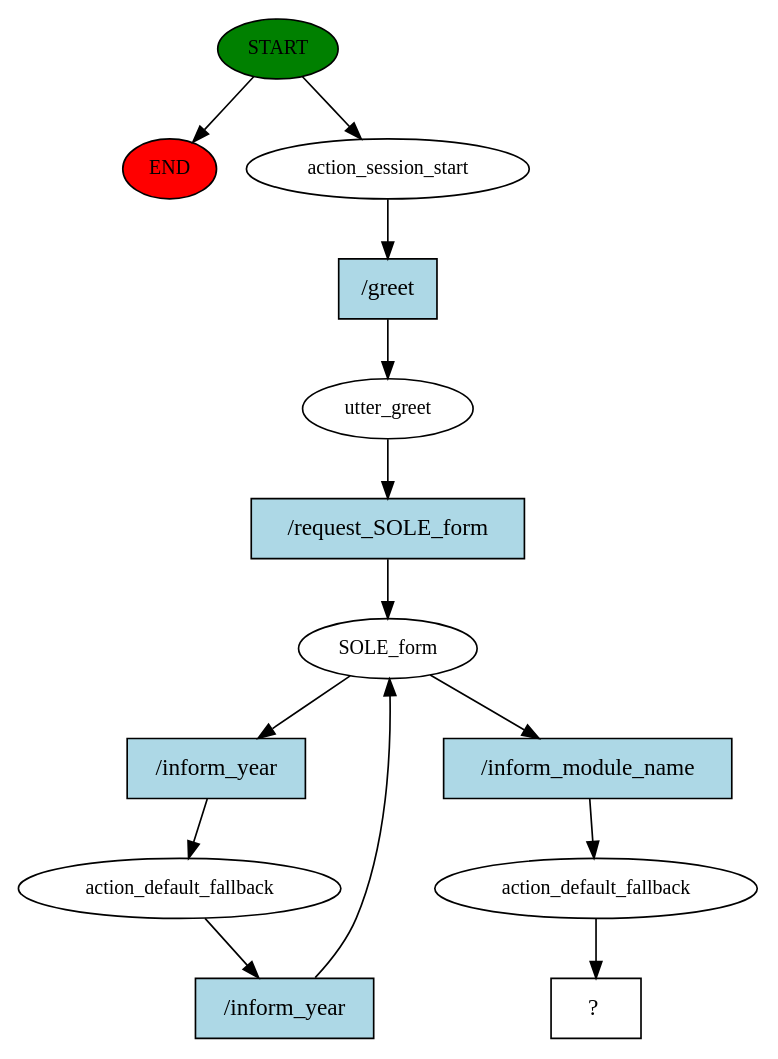
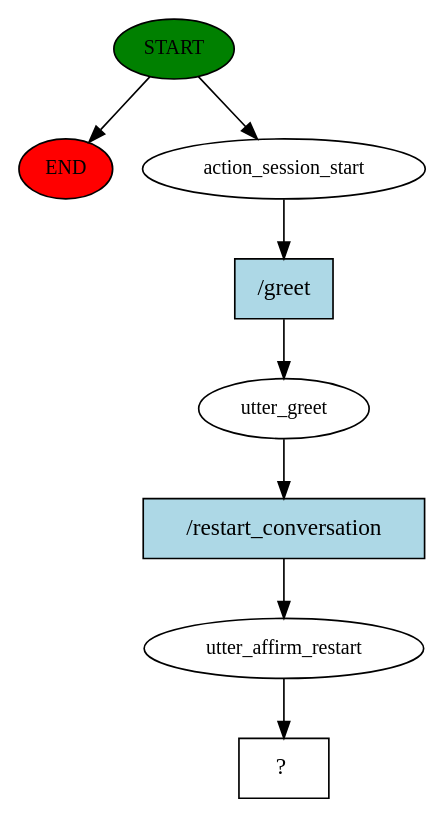
The diagram in FYP/story_graph.dot (hkl19/Rasa-Surveybot1), drawn with Graphviz before and after one commit. The commit also changed 80 other files, not shown here.

```diff
--- a/FYP/story_graph.dot
+++ b/FYP/story_graph.dot
@@ -1,28 +1,17 @@
 digraph  {
 0 [class="start active", fillcolor=green, fontsize=12, label=START, style=filled];
 "-1" [class=end, fillcolor=red, fontsize=12, label=END, style=filled];
 1 [class=active, fontsize=12, label=action_session_start];
 2 [class=active, fontsize=12, label=utter_greet];
-3 [class=active, fontsize=12, label=SOLE_form];
-4 [class=active, fontsize=12, label=action_default_fallback];
-6 [class=active, fontsize=12, label=action_default_fallback];
-7 [class="intent dashed active", label="  ?  ", shape=rect];
-8 [class="intent active", fillcolor=lightblue, label="/greet", shape=rect, style=filled];
-9 [class="intent active", fillcolor=lightblue, label="/request_SOLE_form", shape=rect, style=filled];
-10 [class="intent active", fillcolor=lightblue, label="/inform_year", shape=rect, style=filled];
-11 [class="intent active", fillcolor=lightblue, label="/inform_module_name", shape=rect, style=filled];
-12 [class="intent active", fillcolor=lightblue, label="/inform_year", shape=rect, style=filled];
+3 [class=active, fontsize=12, label=utter_affirm_restart];
+4 [class="intent dashed active", label="  ?  ", shape=rect];
+5 [class="intent active", fillcolor=lightblue, label="/greet", shape=rect, style=filled];
+6 [class="intent active", fillcolor=lightblue, label="/restart_conversation", shape=rect, style=filled];
 0 -> "-1"  [class="", key=NONE, label=""];
 0 -> 1  [class=active, key=NONE, label=""];
-1 -> 8  [class=active, key=0];
-2 -> 9  [class=active, key=0];
-3 -> 10  [class=active, key=0];
-3 -> 11  [class=active, key=0];
-4 -> 12  [class=active, key=0];
-6 -> 7  [class=active, key=NONE, label=""];
-8 -> 2  [class=active, key=0];
-9 -> 3  [class=active, key=0];
-10 -> 4  [class=active, key=0];
-11 -> 6  [class=active, key=0];
-12 -> 3  [class=active, key=0];
+1 -> 5  [class=active, key=0];
+2 -> 6  [class=active, key=0];
+3 -> 4  [class=active, key=NONE, label=""];
+5 -> 2  [class=active, key=0];
+6 -> 3  [class=active, key=0];
 }
```
